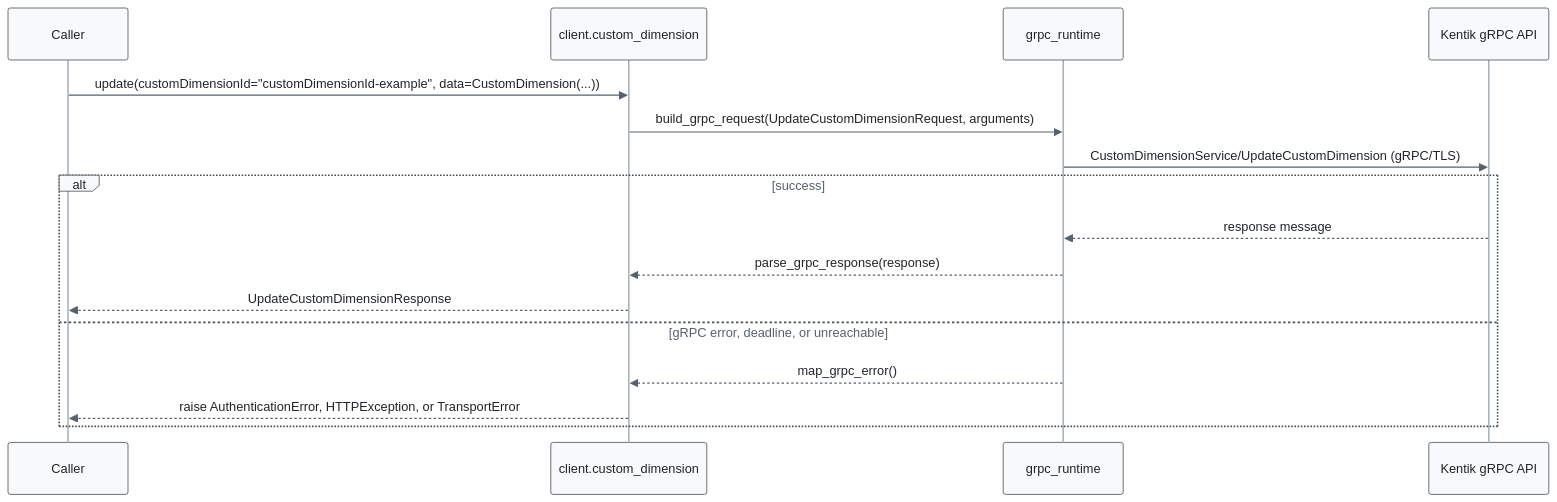
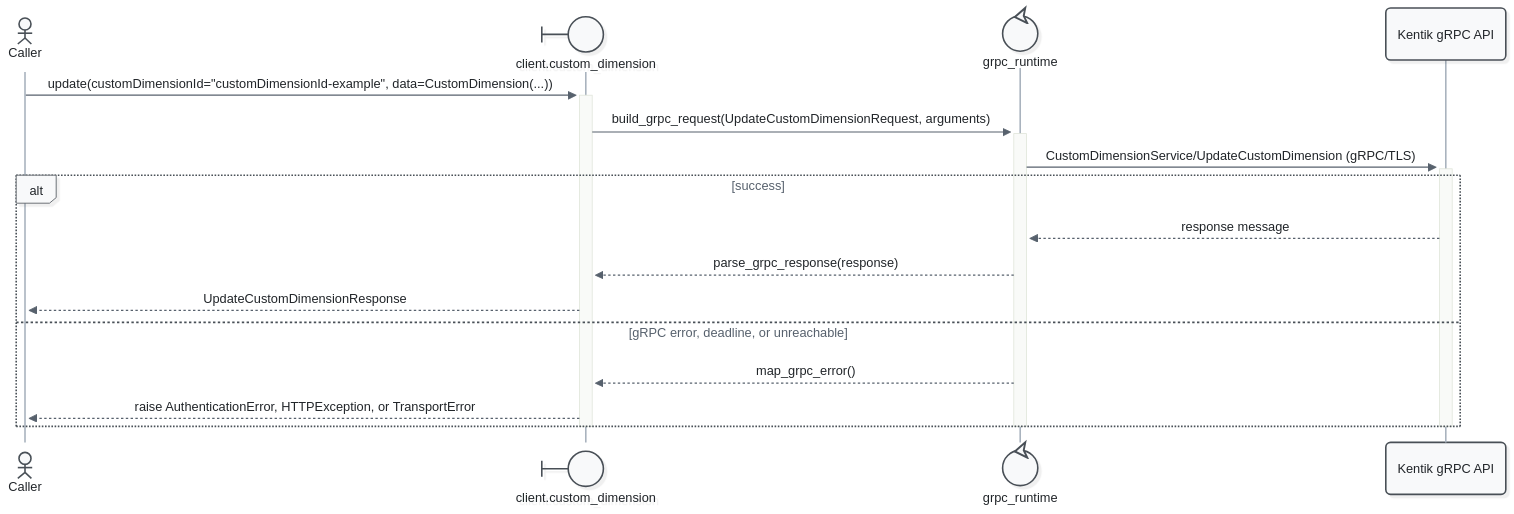
The sixth of 21 diagrams in docs/sphinx/services/custom_dimension.md (alexdearaujo/community_sdk_python), drawn with Mermaid before and after one commit. The commit also changed other lines of this file and 52 other files, not shown here.

First line of the commit message:
docs: Mermaid 12 sequence diagrams with participant types and path colors

````diff
--- a/docs/sphinx/services/custom_dimension.md
+++ b/docs/sphinx/services/custom_dimension.md
@@ -203,20 +215,23 @@
 ```mermaid
-%%{init: {"theme": "base", "fontFamily": "ui-monospace, SFMono-Regular, Menlo, monospace", "themeVariables": {"fontFamily": "ui-monospace, SFMono-Regular, Menlo, monospace", "primaryColor": "#f8f9fa", "primaryBorderColor": "#495057", "primaryTextColor": "#212529", "textColor": "#212529", "lineColor": "#77818c", "edgeLabelBackground": "#ffffff", "actorBkg": "#f8f9fa", "actorBorder": "#495057", "actorTextColor": "#212529", "actorLineColor": "#a9b3be", "signalColor": "#57616d", "signalTextColor": "#212529", "labelBoxBkgColor": "#f8f9fa", "labelBoxBorderColor": "#495057", "labelTextColor": "#212529", "loopTextColor": "#57616d", "noteBkgColor": "#fff9db", "noteBorderColor": "#f08c00", "noteTextColor": "#a35a00"}, "flowchart": {"curve": "step", "nodeSpacing": 30, "rankSpacing": 70, "wrappingWidth": 400}}}%%
+%%{init: {"theme": "redux", "look": "neo", "layout": "dagre", "fontFamily": "ui-monospace, SFMono-Regular, Menlo, monospace", "themeVariables": {"fontFamily": "ui-monospace, SFMono-Regular, Menlo, monospace", "primaryColor": "#f8f9fa", "primaryBorderColor": "#495057", "primaryTextColor": "#212529", "textColor": "#212529", "lineColor": "#77818c", "edgeLabelBackground": "#ffffff", "actorBkg": "#f8f9fa", "actorBorder": "#495057", "actorTextColor": "#212529", "actorLineColor": "#a9b3be", "signalColor": "#57616d", "signalTextColor": "#212529", "labelBoxBkgColor": "#f8f9fa", "labelBoxBorderColor": "#495057", "labelTextColor": "#212529", "loopTextColor": "#57616d", "noteBkgColor": "#fff9db", "noteBorderColor": "#f08c00", "noteTextColor": "#a35a00"}, "sequence": {"activationWidth": 16}, "flowchart": {"curve": "step", "nodeSpacing": 30, "rankSpacing": 70, "wrappingWidth": 400}}}%%
 sequenceDiagram
-    participant C as Caller
-    participant W as client.custom_dimension
-    participant R as grpc_runtime
+    actor C as Caller
+    participant W@{ "type": "boundary" } as client.custom_dimension
+    participant R@{ "type": "control" } as grpc_runtime
     participant API as Kentik gRPC API
 
-    C->>W: update(customDimensionId="customDimensionId-example", data=CustomDimension(...))
-    W->>R: build_grpc_request(UpdateCustomDimensionRequest, arguments)
-    R->>API: CustomDimensionService/UpdateCustomDimension (gRPC/TLS)
+    C->>+W: update(customDimensionId="customDimensionId-example", data=CustomDimension(...))
+    W->>+R: build_grpc_request(UpdateCustomDimensionRequest, arguments)
+    R->>+API: CustomDimensionService/UpdateCustomDimension (gRPC/TLS)
     alt success
         API-->>R: response message
         R-->>W: parse_grpc_response(response)
         W-->>C: UpdateCustomDimensionResponse
     else gRPC error, deadline, or unreachable
         R-->>W: map_grpc_error()
         W-->>C: raise AuthenticationError, HTTPException, or TransportError
     end
+    deactivate API
+    deactivate R
+    deactivate W
 ```
````
